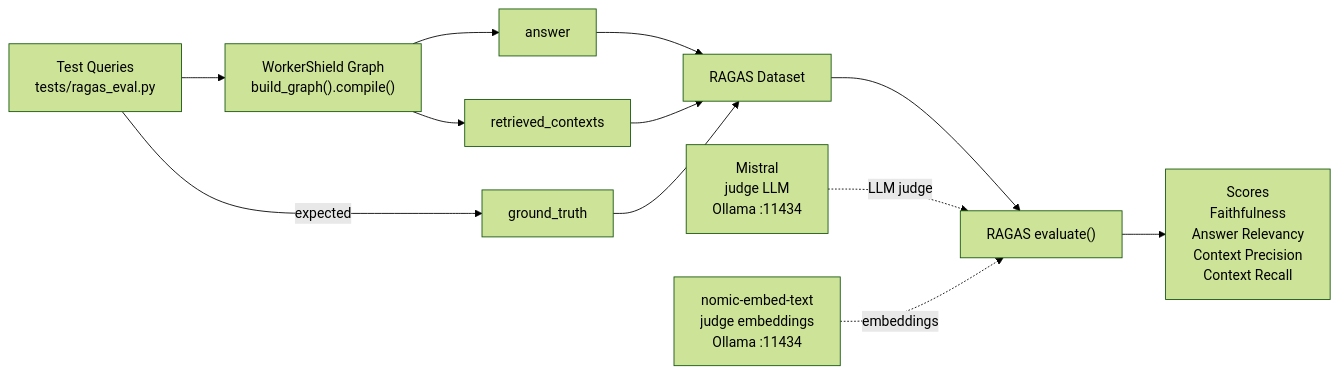
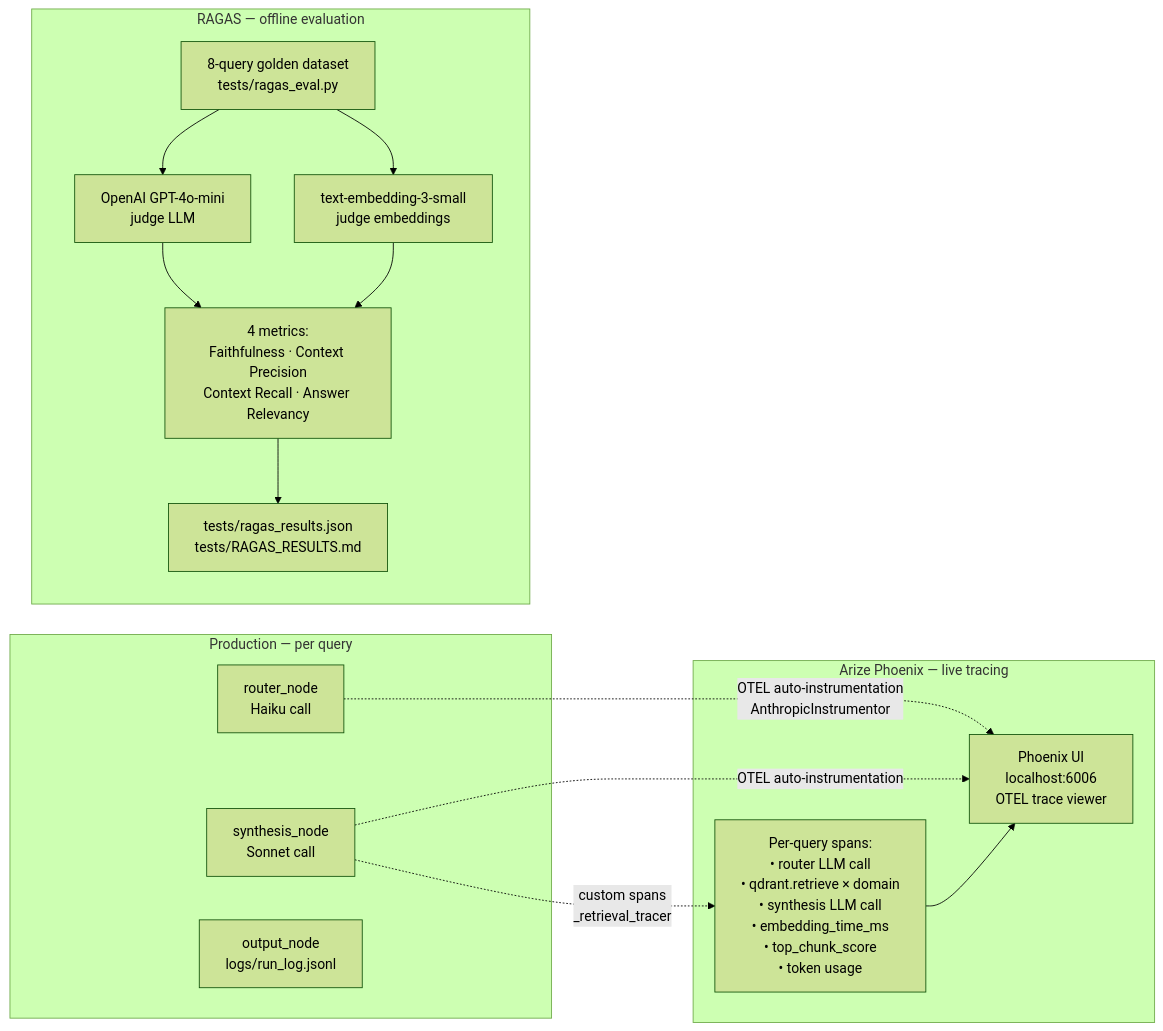
The fifth of 5 diagrams in docs/ARCHITECTURE.md (rajesh5983/workershield-v1), drawn with Mermaid (forest theme) before and after one commit. The commit also changed other lines of this file and 2 other files, not shown here.

First line of the commit message:
docs: comprehensive v1 documentation update — README, ARCHITECTURE with Mermaid diagrams, status summary

````diff
--- a/docs/ARCHITECTURE.md
+++ b/docs/ARCHITECTURE.md
@@ -193,24 +210,31 @@
 ```mermaid
-%% WorkerShield — RAGAS Evaluation Pipeline
 flowchart LR
-    Queries["Test Queries\ntests/ragas_eval.py"]
-    Graph["WorkerShield Graph\nbuild_graph().compile()"]
-    Answer["answer"]
-    Contexts["retrieved_contexts"]
-    Ground["ground_truth"]
-    Dataset["RAGAS Dataset"]
-    Eval["RAGAS evaluate()"]
-    Mistral["Mistral\njudge LLM\nOllama :11434"]
-    Nomic["nomic-embed-text\njudge embeddings\nOllama :11434"]
-    Scores["Scores\nFaithfulness\nAnswer Relevancy\nContext Precision\nContext Recall"]
+    subgraph prod["Production — per query"]
+        Router2["router_node\nHaiku call"]
+        Synth2["synthesis_node\nSonnet call"]
+        Log["output_node\nlogs/run_log.jsonl"]
+    end
 
-    Queries --> Graph
-    Graph --> Answer
-    Graph --> Contexts
-    Queries -->|expected| Ground
-    Answer & Contexts & Ground --> Dataset
-    Dataset --> Eval
-    Mistral -.->|LLM judge| Eval
-    Nomic -.->|embeddings| Eval
-    Eval --> Scores
+    subgraph phoenix["Arize Phoenix — live tracing"]
+        PhoenixUI["Phoenix UI\nlocalhost:6006\nOTEL trace viewer"]
+        Spans["Per-query spans:\n• router LLM call\n• qdrant.retrieve × domain\n• synthesis LLM call\n• embedding_time_ms\n• top_chunk_score\n• token usage"]
+    end
+
+    subgraph ragas["RAGAS — offline evaluation"]
+        GoldenSet["8-query golden dataset\ntests/ragas_eval.py"]
+        Judge["OpenAI GPT-4o-mini\njudge LLM"]
+        EmbedJudge["text-embedding-3-small\njudge embeddings"]
+        Scores["4 metrics:\nFaithfulness · Context Precision\nContext Recall · Answer Relevancy"]
+        Results["tests/ragas_results.json\ntests/RAGAS_RESULTS.md"]
+    end
+
+    Router2 -.->|OTEL auto-instrumentation\nAnthropicInstrumentor| PhoenixUI
+    Synth2 -.->|OTEL auto-instrumentation| PhoenixUI
+    Synth2 -.->|custom spans\n_retrieval_tracer| Spans
+    Spans --> PhoenixUI
+
+    GoldenSet --> Judge
+    GoldenSet --> EmbedJudge
+    Judge & EmbedJudge --> Scores
+    Scores --> Results
 ```
````
